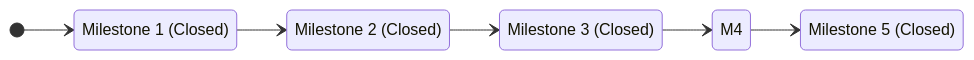
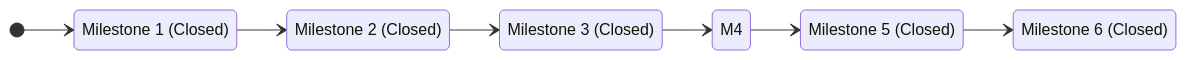
Before and after one commit to TheStackTraceWhisperer/catalyst: the first of 4 diagrams in review-and-next-steps.md, drawn with Mermaid. The commit also changed other lines of this file and 2 other files, not shown here.

Commit message:
docs: update review roadmap, remove refactoring plan, and add client.md & world.md

````diff
--- a/review-and-next-steps.md
+++ b/review-and-next-steps.md
@@ -27,14 +27,16 @@
 ```mermaid
 stateDiagram-v2
     direction LR
     M1 : Milestone 1 (Closed)
     M2 : Milestone 2 (Closed)
     M3 : Milestone 3 (Closed)
     M5 : Milestone 5 (Closed)
+    M6 : Milestone 6 (Closed)
     
     [*] --> M1
     M1 --> M2
     M2 --> M3
     M3 --> M4
     M4 --> M5
+    M5 --> M6
 ```
````
